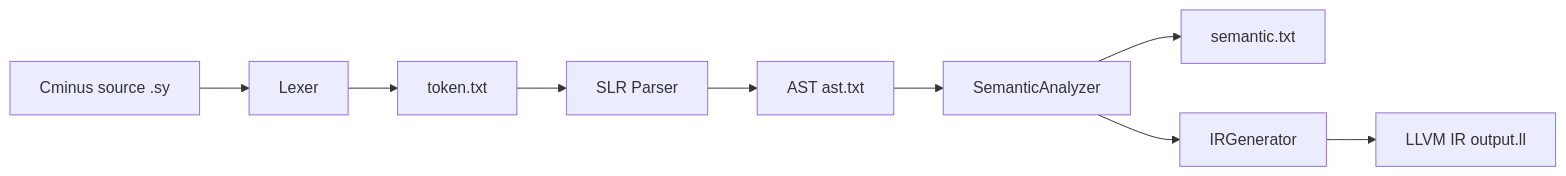
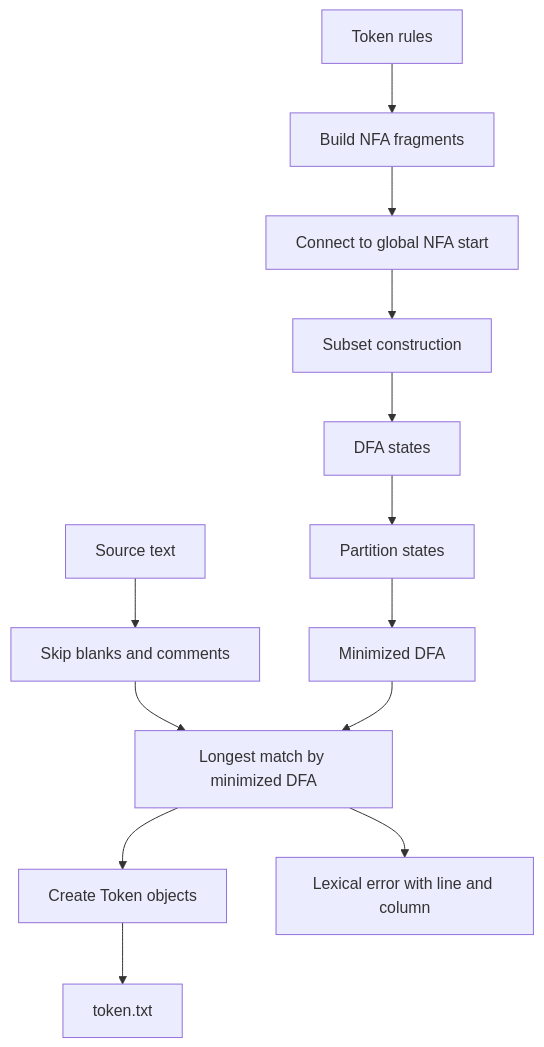
The second of 6 diagrams in report.md (NIBRSYK16/c--compiler), drawn with Mermaid before and after one commit. The commit also changed other lines of this file, not shown here.

````diff
--- a/report.md
+++ b/report.md
@@ -9,11 +156,15 @@
 ```mermaid
-graph LR
-    A[Cminus source .sy] --> B[Lexer]
-    B --> C[token.txt]
-    C --> D[SLR Parser]
-    D --> E[AST ast.txt]
-    E --> F[SemanticAnalyzer]
-    F --> G[semantic.txt]
-    F --> H[IRGenerator]
-    H --> I[LLVM IR output.ll]
+graph TD
+    R[Token rules] --> N1[Build NFA fragments]
+    N1 --> N2[Connect to global NFA start]
+    N2 --> D1[Subset construction]
+    D1 --> D2[DFA states]
+    D2 --> M1[Partition states]
+    M1 --> M2[Minimized DFA]
+    SourceText[Source text] --> Scan1[Skip blanks and comments]
+    Scan1 --> Scan2[Longest match by minimized DFA]
+    M2 --> Scan2
+    Scan2 --> Tok[Create Token objects]
+    Tok --> Out[token.txt]
+    Scan2 --> Err[Lexical error with line and column]
 ```
````
